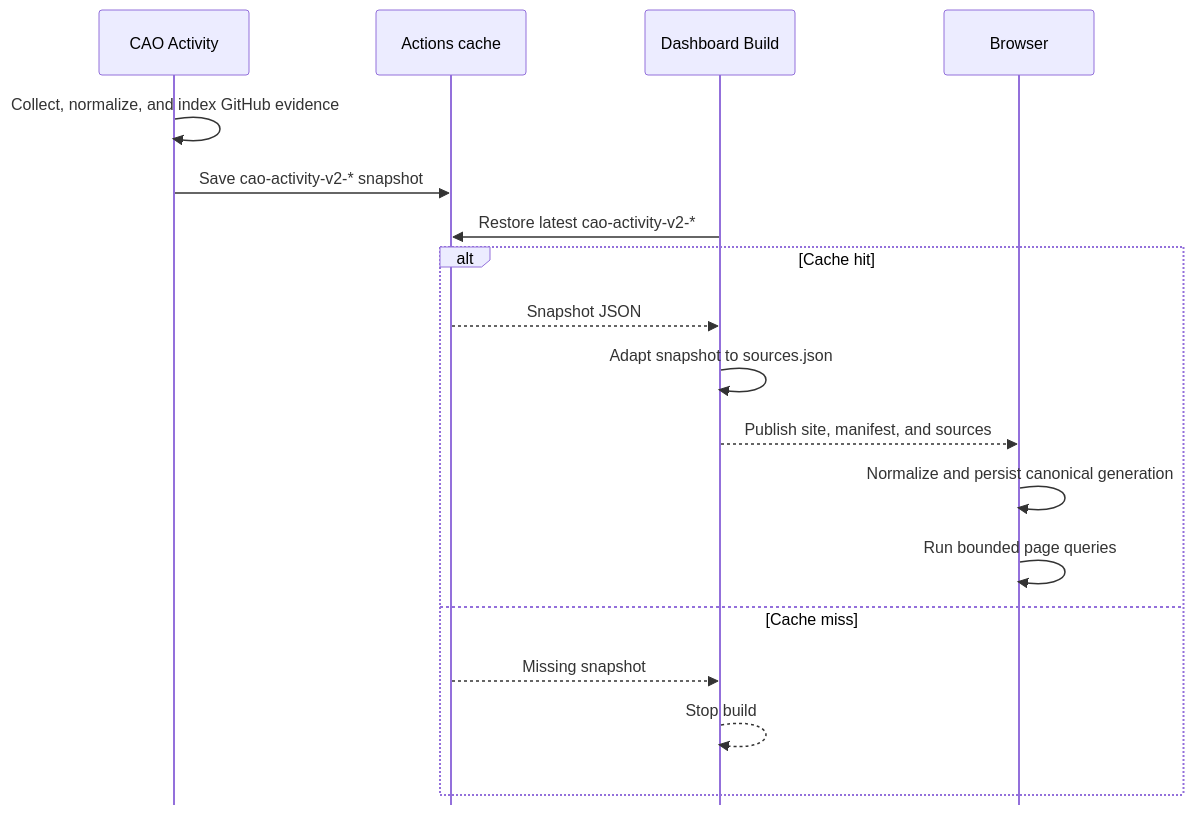
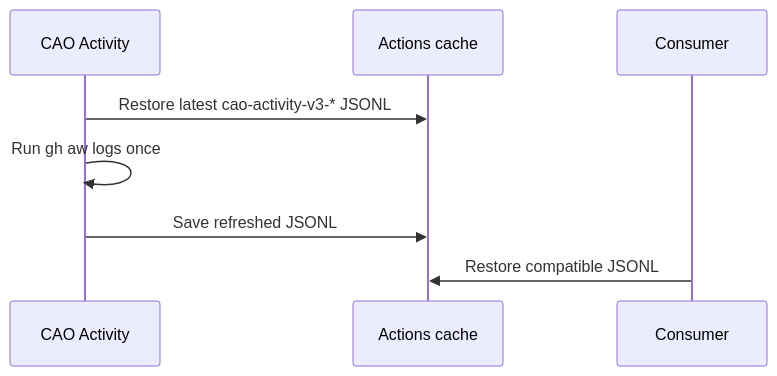
Before and after one commit to githubnext/gh-aw-cao: the diagram in docs/activity.md, drawn with Mermaid. The commit also changed other lines of this file and 24 other files, not shown here.

Commit message:
Move activity ingestion to dashboard

````diff
--- a/docs/activity.md
+++ b/docs/activity.md
@@ -23,23 +15,11 @@
 ```mermaid
-%%{init: {"sequence": {"mirrorActors": false, "actorMargin": 32, "messageMargin": 24}}}%%
 sequenceDiagram
   participant Activity as CAO Activity
   participant Cache as Actions cache
-  participant Build as Dashboard Build
-  participant Browser as Browser
+  participant Consumer as Consumer
 
-  Activity->>Activity: Collect, normalize, and index GitHub evidence
-  Activity->>Cache: Save cao-activity-v2-* snapshot
-
-  Build->>Cache: Restore latest cao-activity-v2-*
-  alt Cache hit
-    Cache-->>Build: Snapshot JSON
-    Build->>Build: Adapt snapshot to sources.json
-    Build-->>Browser: Publish site, manifest, and sources
-    Browser->>Browser: Normalize and persist canonical generation
-    Browser->>Browser: Run bounded page queries
-  else Cache miss
-    Cache-->>Build: Missing snapshot
-    Build-->>Build: Stop build
-    end
+  Activity->>Cache: Restore latest cao-activity-v3-* JSONL
+  Activity->>Activity: Run gh aw logs once
+  Activity->>Cache: Save refreshed JSONL
+  Consumer->>Cache: Restore compatible JSONL
 ```
````
